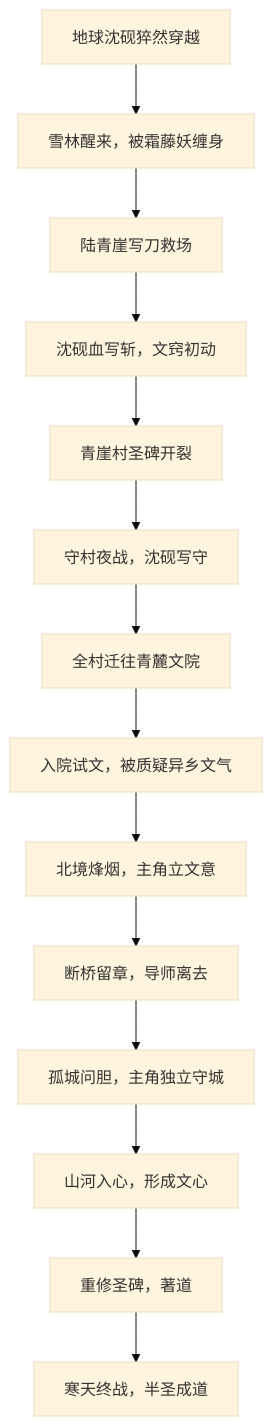
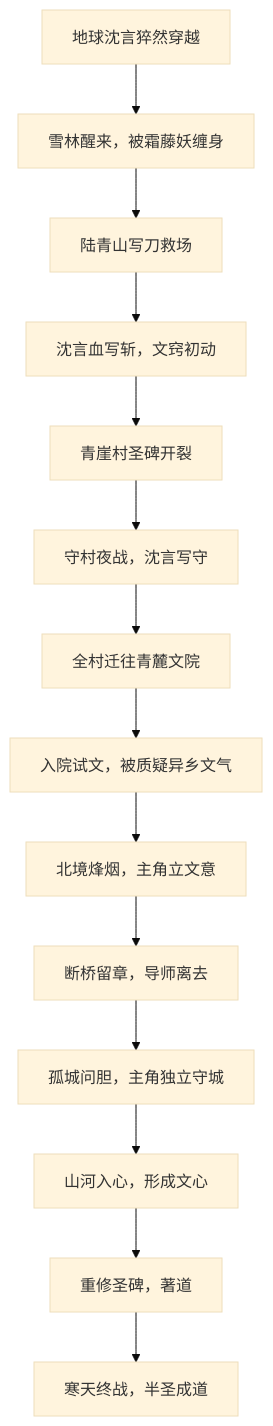
Before and after one commit to tyrantqiao/GodOfHanzi: the first of 5 diagrams in docs/narrative/story-map-and-factions.md, drawn with Mermaid (base theme). The commit also changed other lines of this file and 5 other files, not shown here.

````diff
--- a/docs/narrative/story-map-and-factions.md
+++ b/docs/narrative/story-map-and-factions.md
@@ -38,16 +38,16 @@
 ```mermaid
 flowchart TD
-  A[地球沈砚猝然穿越] --> B[雪林醒来，被霜藤妖缠身]
-  B --> C[陆青崖写刀救场]
-  C --> D[沈砚血写斩，文窍初动]
+  A[地球沈言猝然穿越] --> B[雪林醒来，被霜藤妖缠身]
+  B --> C[陆青山写刀救场]
+  C --> D[沈言血写斩，文窍初动]
   D --> E[青崖村圣碑开裂]
-  E --> F[守村夜战，沈砚写守]
+  E --> F[守村夜战，沈言写守]
   F --> G[全村迁往青麓文院]
   G --> H[入院试文，被质疑异乡文气]
   H --> I[北境烽烟，主角立文意]
   I --> J[断桥留章，导师离去]
   J --> K[孤城问胆，主角独立守城]
   K --> L[山河入心，形成文心]
   L --> M[重修圣碑，著道]
   M --> N[寒天终战，半圣成道]
 ```
````
